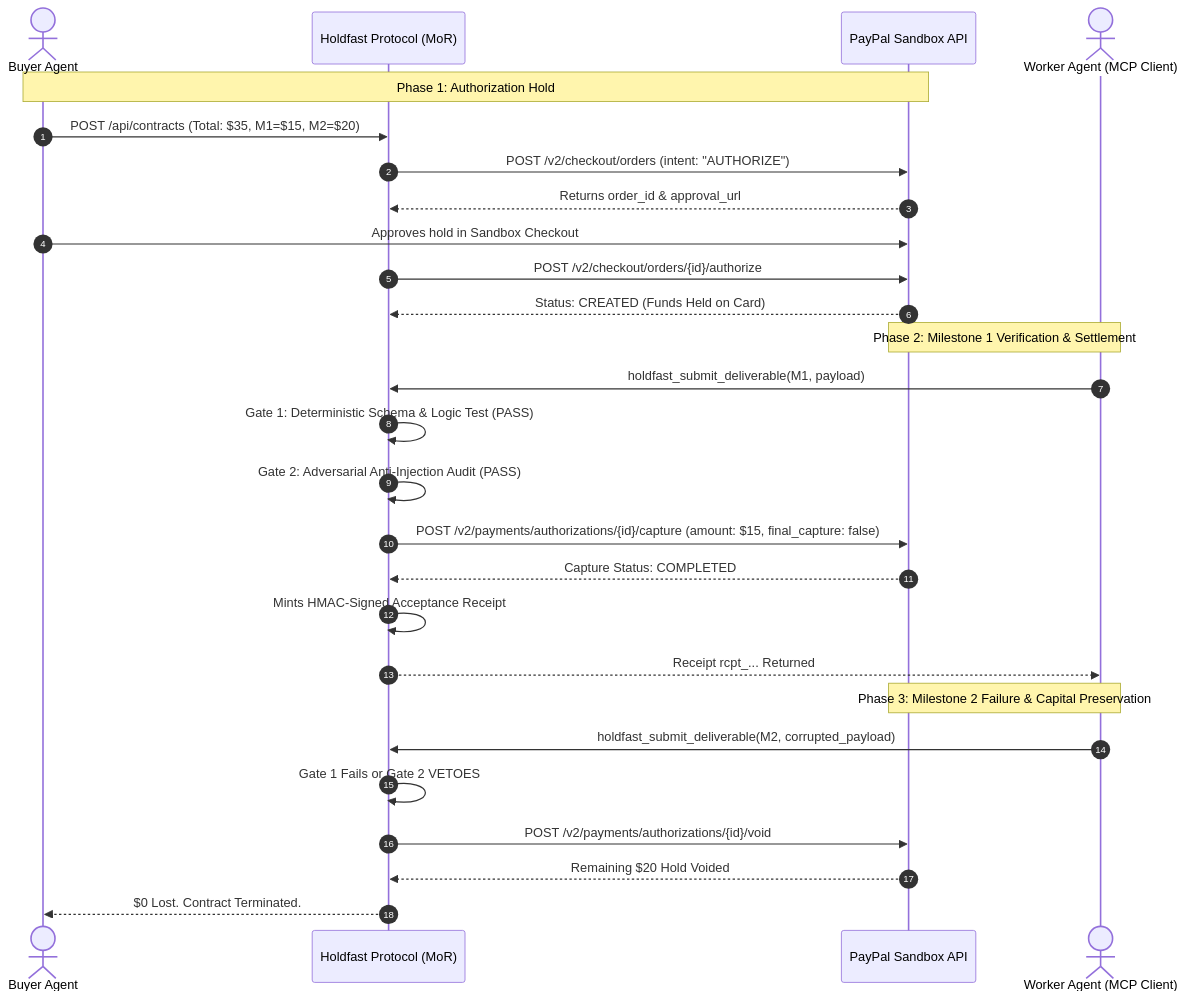
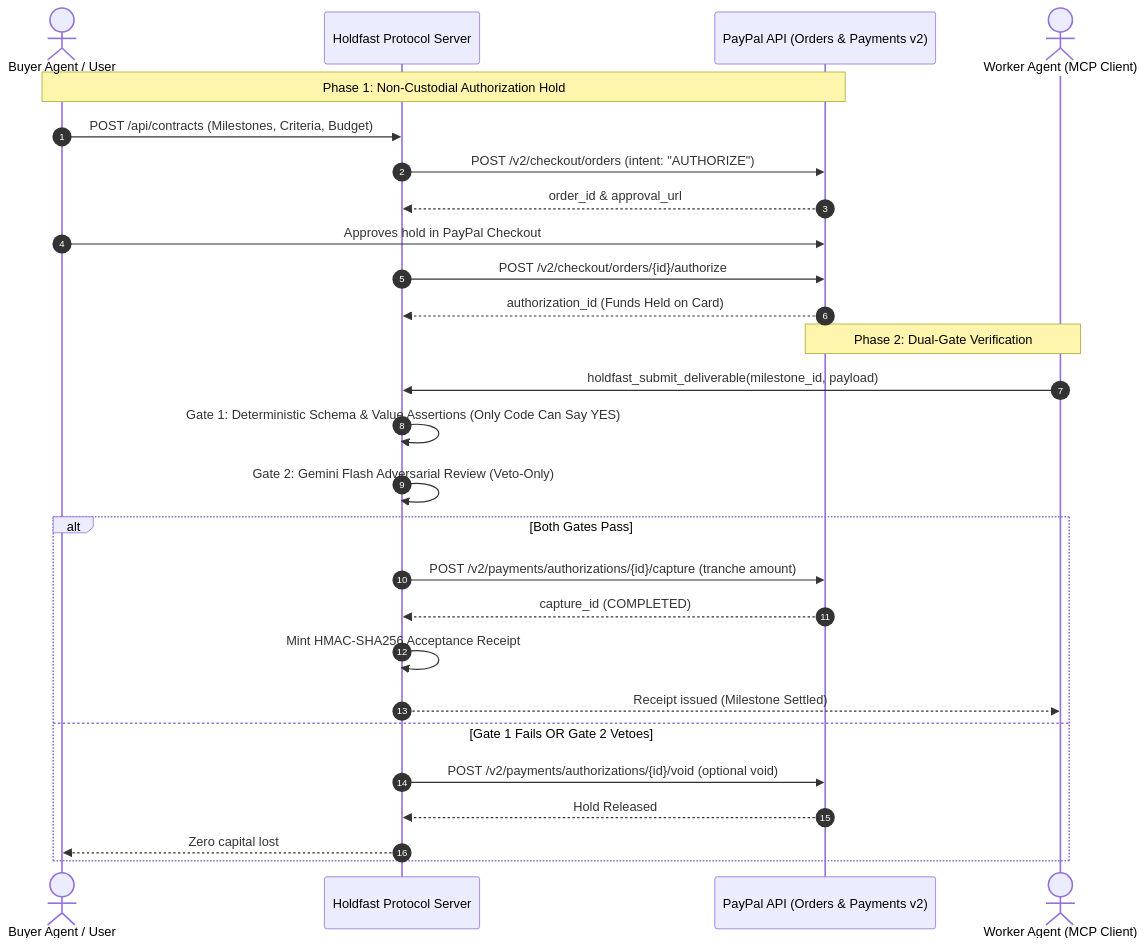
One commit to faizkhatri196/PayPal- changed the diagram in README.md. Above: the diagram before and after it, drawn with Mermaid. The commit also changed other lines of this file and 4 other files, not shown here.

````diff
--- a/README.md
+++ b/README.md
@@ -40,32 +51,35 @@
 ```mermaid
 sequenceDiagram
     autonumber
-    actor Buyer as Buyer Agent
-    participant HF as Holdfast Protocol (MoR)
-    participant PP as PayPal Sandbox API
+    actor Buyer as Buyer Agent / User
+    participant HF as Holdfast Protocol Server
+    participant PP as PayPal API (Orders & Payments v2)
     actor Worker as Worker Agent (MCP Client)
 
-    Note over Buyer,PP: Phase 1: Authorization Hold
-    Buyer->>HF: POST /api/contracts (Total: $35, M1=$15, M2=$20)
+    %% Phase 1: Authorization
+    Note over Buyer,PP: Phase 1: Non-Custodial Authorization Hold
+    Buyer->>HF: POST /api/contracts (Milestones, Criteria, Budget)
     HF->>PP: POST /v2/checkout/orders (intent: "AUTHORIZE")
-    PP-->>HF: Returns order_id & approval_url
-    Buyer->>PP: Approves hold in Sandbox Checkout
+    PP-->>HF: order_id & approval_url
+    Buyer->>PP: Approves hold in PayPal Checkout
     HF->>PP: POST /v2/checkout/orders/{id}/authorize
-    PP-->>HF: Status: CREATED (Funds Held on Card)
+    PP-->>HF: authorization_id (Funds Held on Card)
 
-    Note over Worker,PP: Phase 2: Milestone 1 Verification & Settlement
-    Worker->>HF: holdfast_submit_deliverable(M1, payload)
-    HF->>HF: Gate 1: Deterministic Schema & Logic Test (PASS)
-    HF->>HF: Gate 2: Adversarial Anti-Injection Audit (PASS)
-    HF->>PP: POST /v2/payments/authorizations/{id}/capture (amount: $15, final_capture: false)
-    PP-->>HF: Capture Status: COMPLETED
-    HF->>HF: Mints HMAC-Signed Acceptance Receipt
-    HF-->>Worker: Receipt rcpt_... Returned
-
-    Note over Worker,PP: Phase 3: Milestone 2 Failure & Capital Preservation
-    Worker->>HF: holdfast_submit_deliverable(M2, corrupted_payload)
-    HF->>HF: Gate 1 Fails or Gate 2 VETOES
-    HF->>PP: POST /v2/payments/authorizations/{id}/void
-    PP-->>HF: Remaining $20 Hold Voided
-    HF-->>Buyer: $0 Lost. Contract Terminated.
+    %% Phase 2: Deliverable Submission & Verification
+    Note over Worker,PP: Phase 2: Dual-Gate Verification
+    Worker->>HF: holdfast_submit_deliverable(milestone_id, payload)
+    HF->>HF: Gate 1: Deterministic Schema & Value Assertions (Only Code Can Say YES)
+    HF->>HF: Gate 2: Gemini Flash Adversarial Review (Veto-Only)
+    
+    %% Phase 3: Settlement or Void
+    alt Both Gates Pass
+        HF->>PP: POST /v2/payments/authorizations/{id}/capture (tranche amount)
+        PP-->>HF: capture_id (COMPLETED)
+        HF->>HF: Mint HMAC-SHA256 Acceptance Receipt
+        HF-->>Worker: Receipt issued (Milestone Settled)
+    else Gate 1 Fails OR Gate 2 Vetoes
+        HF->>PP: POST /v2/payments/authorizations/{id}/void (optional void)
+        PP-->>HF: Hold Released
+        HF-->>Buyer: Zero capital lost
+    end
 ```
````
